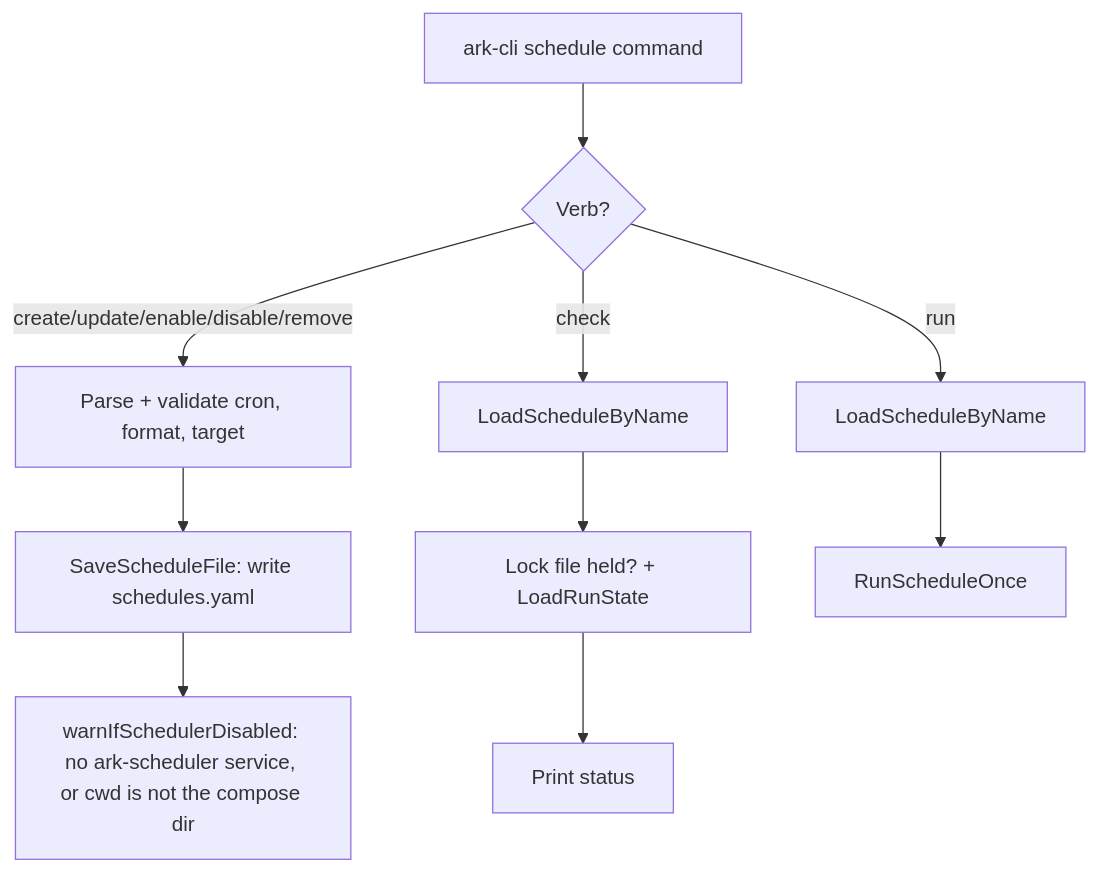
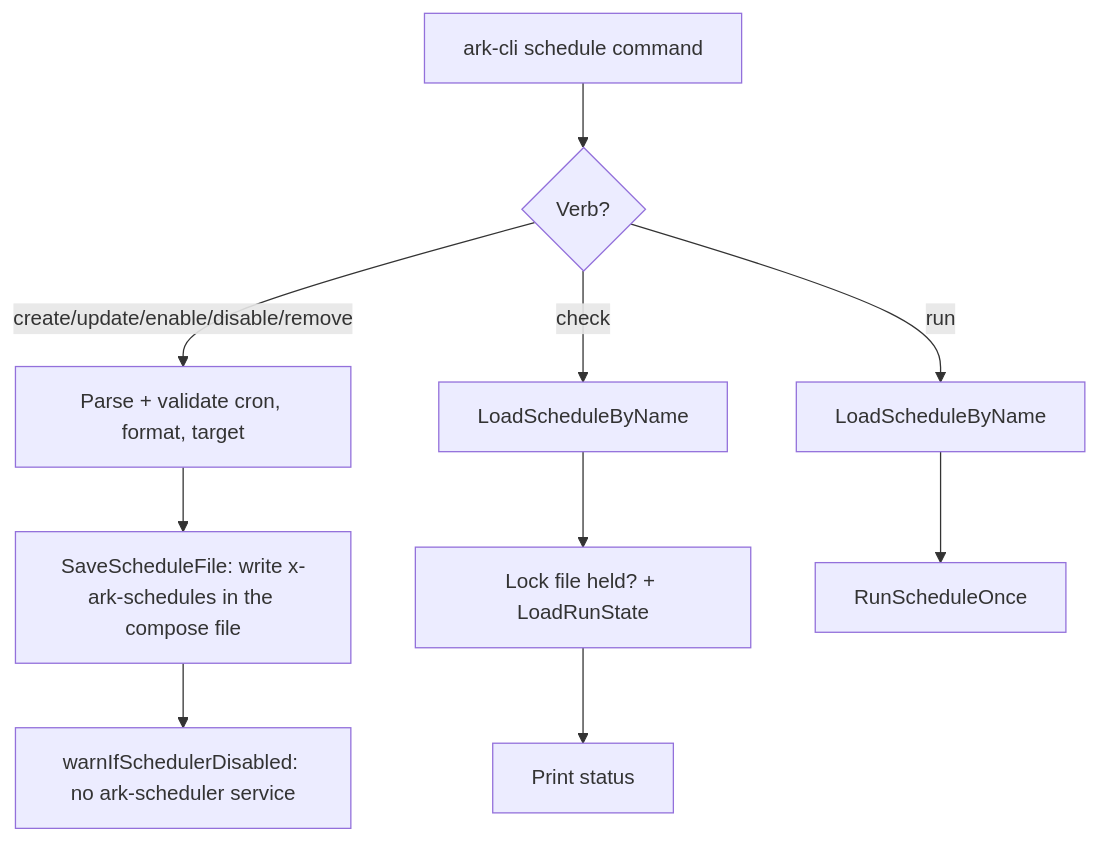
The tenth of 13 diagrams in docs/dev/reference/runtime-call-graph.md (bryanwieg/arkascended-server), drawn with Mermaid before and after one commit. The commit also changed other lines of this file and 52 other files, not shown here.

Commit message:
feat(cli): rcon, save and restart schedules, stored in docker-compose.yaml (#57)

````diff
--- a/docs/dev/reference/runtime-call-graph.md
+++ b/docs/dev/reference/runtime-call-graph.md
@@ -275,15 +275,15 @@
 ```mermaid
 flowchart TD
     A[ark-cli schedule command] --> B{Verb?}
 
     B -->|"create/update/enable/disable/remove"| C[Parse + validate cron, format, target]
-    C --> E[SaveScheduleFile: write schedules.yaml]
-    E --> E1[warnIfSchedulerDisabled: no ark-scheduler service, or cwd is not the compose dir]
+    C --> E[SaveScheduleFile: write x-ark-schedules in the compose file]
+    E --> E1[warnIfSchedulerDisabled: no ark-scheduler service]
 
     B -->|"check"| K[LoadScheduleByName]
     K --> L[Lock file held? + LoadRunState]
     L --> M[Print status]
 
     B -->|"run"| N[LoadScheduleByName]
     N --> O[RunScheduleOnce]
 ```
````
